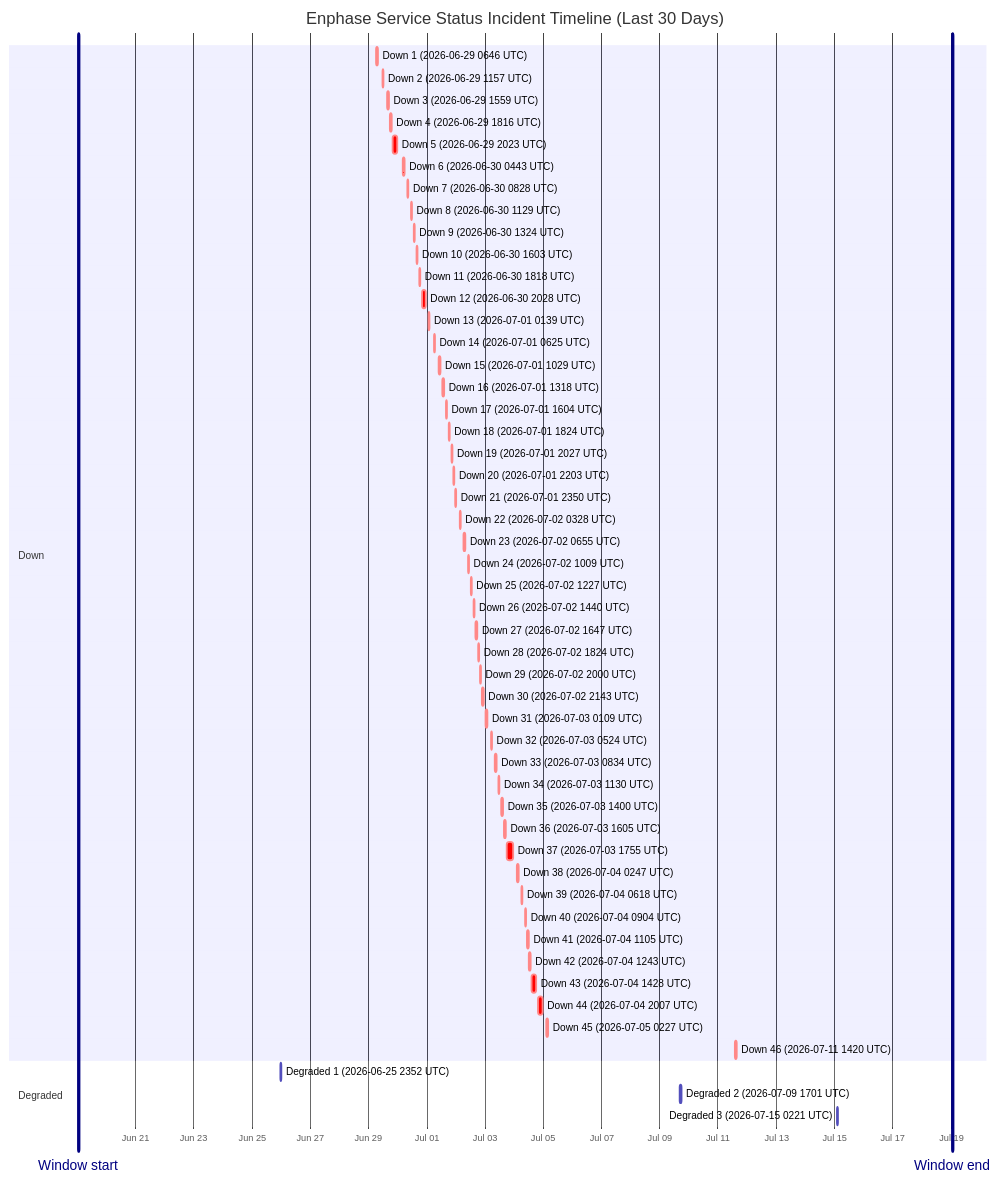
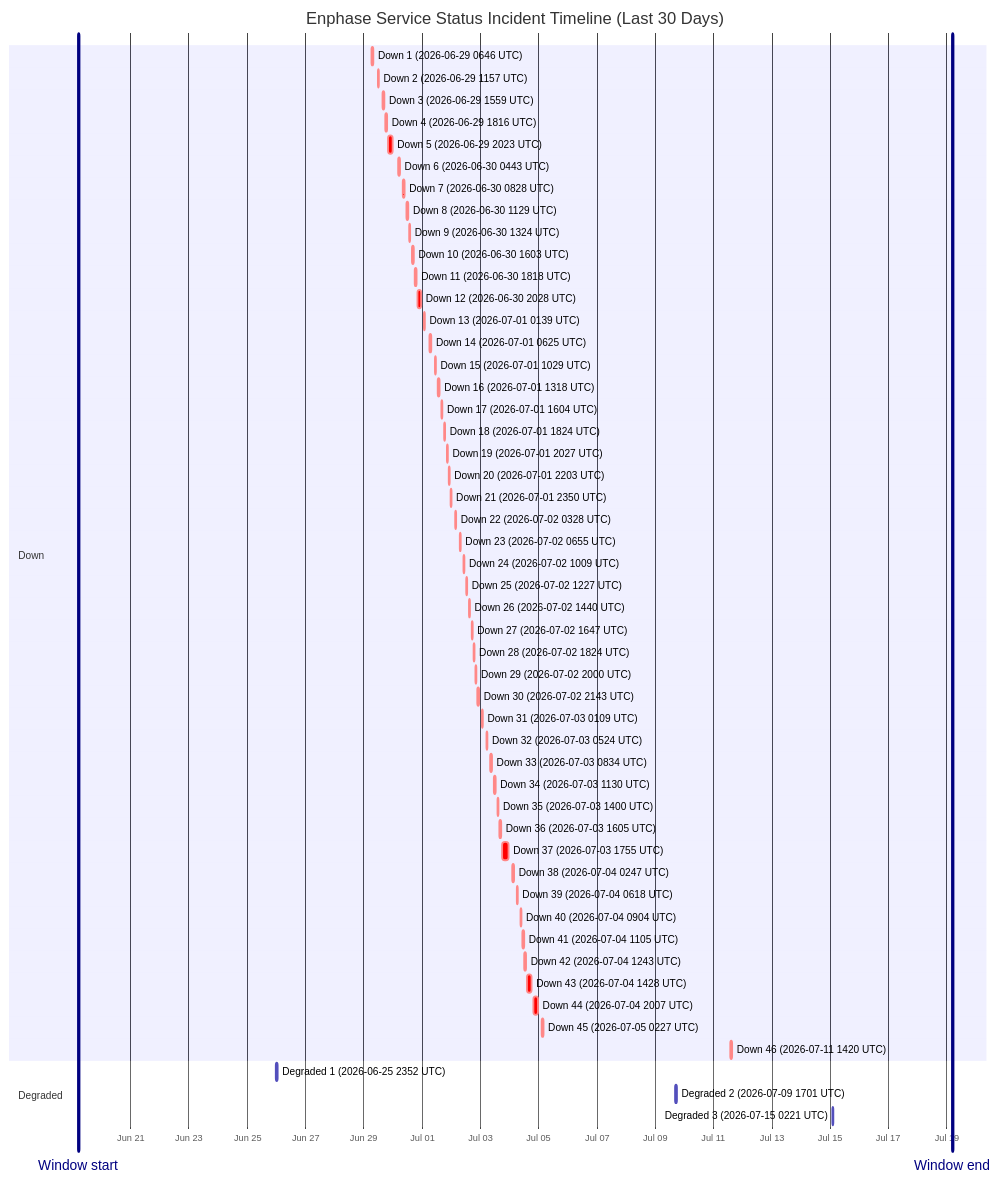
The diagram in wiki/Service-Status-History.md (barneyonline/ha-enphase-energy), drawn with Mermaid before and after one commit. The commit also changed other lines of this file and 3 other files, not shown here.

````diff
--- a/wiki/Service-Status-History.md
+++ b/wiki/Service-Status-History.md
@@ -14,59 +14,59 @@
 ```mermaid
 gantt
     title Enphase Service Status Incident Timeline (Last 30 Days)
     dateFormat  YYYY-MM-DDTHH:mm:ss
     axisFormat  %b %d
-    Window start :vert, window-start, 2026-06-19T01:01:55, 0ms
-    Window end :vert, window-end, 2026-07-19T01:01:55, 0ms
+    Window start :vert, window-start, 2026-06-19T04:46:02, 0ms
+    Window end :vert, window-end, 2026-07-19T04:46:02, 0ms
     section Down
     Down 1 (2026-06-29 0646 UTC) :crit, down-1, 2026-06-29T06:46:18, 60m
     Down 2 (2026-06-29 1157 UTC) :crit, down-2, 2026-06-29T11:57:36, 60m
     Down 3 (2026-06-29 1559 UTC) :crit, down-3, 2026-06-29T15:59:02, 60m
     Down 4 (2026-06-29 1816 UTC) :crit, down-4, 2026-06-29T18:16:38, 60m
     Down 5 (2026-06-29 2023 UTC) :crit, down-5, 2026-06-29T20:23:16, 220m
     Down 6 (2026-06-30 0443 UTC) :crit, down-6, 2026-06-30T04:43:54, 60m
     Down 7 (2026-06-30 0828 UTC) :crit, down-7, 2026-06-30T08:28:43, 60m
     Down 8 (2026-06-30 1129 UTC) :crit, down-8, 2026-06-30T11:29:15, 60m
     Down 9 (2026-06-30 1324 UTC) :crit, down-9, 2026-06-30T13:24:25, 60m
     Down 10 (2026-06-30 1603 UTC) :crit, down-10, 2026-06-30T16:03:26, 60m
     Down 11 (2026-06-30 1818 UTC) :crit, down-11, 2026-06-30T18:18:39, 60m
     Down 12 (2026-06-30 2028 UTC) :crit, down-12, 2026-06-30T20:28:54, 171m
     Down 13 (2026-07-01 0139 UTC) :crit, down-13, 2026-07-01T01:39:18, 60m
     Down 14 (2026-07-01 0625 UTC) :crit, down-14, 2026-07-01T06:25:35, 60m
     Down 15 (2026-07-01 1029 UTC) :crit, down-15, 2026-07-01T10:29:24, 60m
     Down 16 (2026-07-01 1318 UTC) :crit, down-16, 2026-07-01T13:18:31, 60m
     Down 17 (2026-07-01 1604 UTC) :crit, down-17, 2026-07-01T16:04:29, 60m
     Down 18 (2026-07-01 1824 UTC) :crit, down-18, 2026-07-01T18:24:21, 60m
     Down 19 (2026-07-01 2027 UTC) :crit, down-19, 2026-07-01T20:27:17, 60m
     Down 20 (2026-07-01 2203 UTC) :crit, down-20, 2026-07-01T22:03:46, 60m
     Down 21 (2026-07-01 2350 UTC) :crit, down-21, 2026-07-01T23:50:52, 60m
     Down 22 (2026-07-02 0328 UTC) :crit, down-22, 2026-07-02T03:28:33, 60m
     Down 23 (2026-07-02 0655 UTC) :crit, down-23, 2026-07-02T06:55:07, 60m
     Down 24 (2026-07-02 1009 UTC) :crit, down-24, 2026-07-02T10:09:15, 60m
     Down 25 (2026-07-02 1227 UTC) :crit, down-25, 2026-07-02T12:27:49, 60m
     Down 26 (2026-07-02 1440 UTC) :crit, down-26, 2026-07-02T14:40:53, 60m
     Down 27 (2026-07-02 1647 UTC) :crit, down-27, 2026-07-02T16:47:47, 60m
     Down 28 (2026-07-02 1824 UTC) :crit, down-28, 2026-07-02T18:24:26, 60m
     Down 29 (2026-07-02 2000 UTC) :crit, down-29, 2026-07-02T20:00:57, 60m
     Down 30 (2026-07-02 2143 UTC) :crit, down-30, 2026-07-02T21:43:52, 80m
     Down 31 (2026-07-03 0109 UTC) :crit, down-31, 2026-07-03T01:09:19, 60m
     Down 32 (2026-07-03 0524 UTC) :crit, down-32, 2026-07-03T05:24:23, 60m
     Down 33 (2026-07-03 0834 UTC) :crit, down-33, 2026-07-03T08:34:05, 60m
     Down 34 (2026-07-03 1130 UTC) :crit, down-34, 2026-07-03T11:30:41, 60m
     Down 35 (2026-07-03 1400 UTC) :crit, down-35, 2026-07-03T14:00:48, 60m
     Down 36 (2026-07-03 1605 UTC) :crit, down-36, 2026-07-03T16:05:49, 60m
     Down 37 (2026-07-03 1755 UTC) :crit, down-37, 2026-07-03T17:55:54, 338m
     Down 38 (2026-07-04 0247 UTC) :crit, down-38, 2026-07-04T02:47:22, 60m
     Down 39 (2026-07-04 0618 UTC) :crit, down-39, 2026-07-04T06:18:09, 60m
     Down 40 (2026-07-04 0904 UTC) :crit, down-40, 2026-07-04T09:04:41, 60m
     Down 41 (2026-07-04 1105 UTC) :crit, down-41, 2026-07-04T11:05:21, 60m
     Down 42 (2026-07-04 1243 UTC) :crit, down-42, 2026-07-04T12:43:25, 60m
     Down 43 (2026-07-04 1428 UTC) :crit, down-43, 2026-07-04T14:28:07, 243m
     Down 44 (2026-07-04 2007 UTC) :crit, down-44, 2026-07-04T20:07:50, 206m
     Down 45 (2026-07-05 0227 UTC) :crit, down-45, 2026-07-05T02:27:32, 109m
     Down 46 (2026-07-11 1420 UTC) :crit, down-46, 2026-07-11T14:20:54, 69m
     section Degraded
     Degraded 1 (2026-06-25 2352 UTC) :active, degraded-1, 2026-06-25T23:52:01, 60m
     Degraded 2 (2026-07-09 1701 UTC) :active, degraded-2, 2026-07-09T17:01:02, 60m
     Degraded 3 (2026-07-15 0221 UTC) :active, degraded-3, 2026-07-15T02:21:35, 60m
 ```
````
